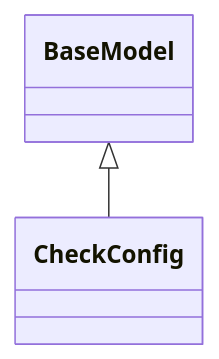
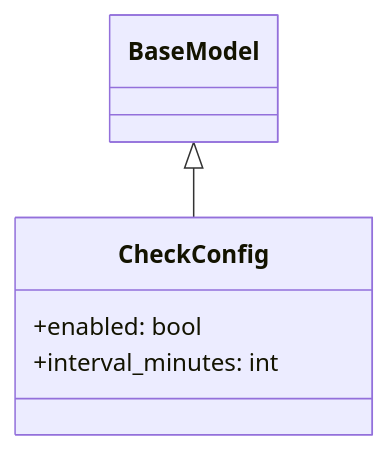
Before and after one commit to Brunvelop/autocode: the third of 15 diagrams in design/autocode/api/models_items.md, drawn with Mermaid. The commit also changed other lines of this file and 8 other files, not shown here.

````diff
--- a/design/autocode/api/models_items.md
+++ b/design/autocode/api/models_items.md
@@ -46,7 +56,9 @@
 ```mermaid
 classDiagram
     class CheckConfig {
+        +enabled: bool
+        +interval_minutes: int
     }
     BaseModel <|-- CheckConfig
 
 ```
````
